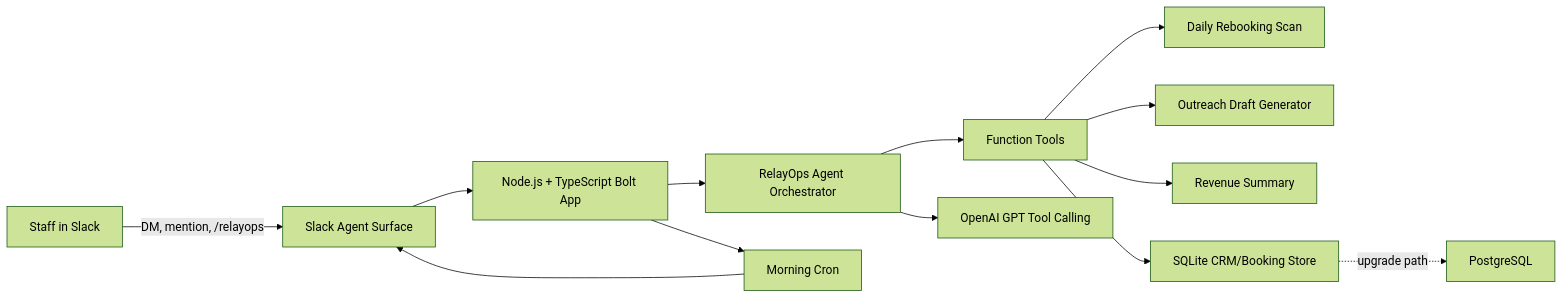
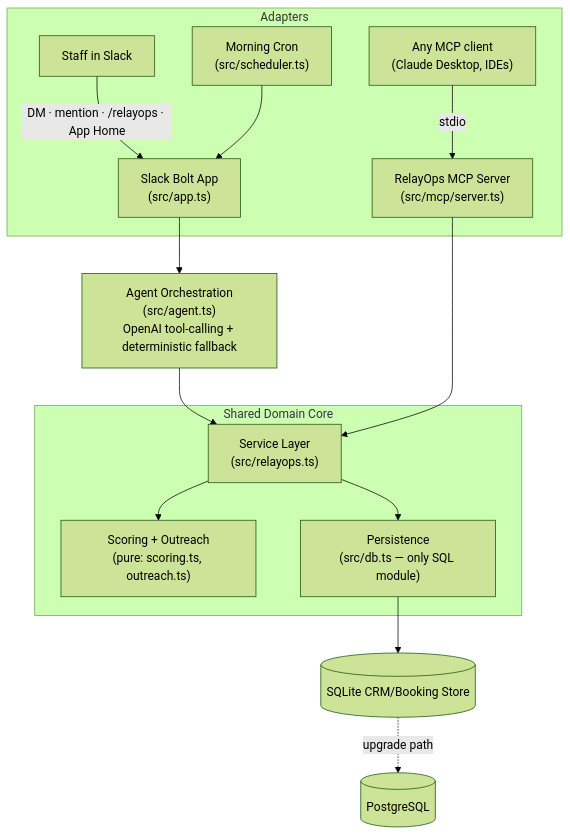
One commit to sinbadtheengr/relayops-ai-rebooking-agent changed the diagram in docs/architecture.md. Above: the diagram before and after it, drawn with Mermaid (forest theme). The commit also changed other lines of this file and 23 other files, not shown here.

First line of the commit message:
feat: enhance daily summary and outreach features

````diff
--- a/docs/architecture.md
+++ b/docs/architecture.md
@@ -3,15 +5,23 @@
 ```mermaid
-flowchart LR
-  Staff["Staff in Slack"] -->|DM, mention, /relayops| Slack["Slack Agent Surface"]
-  Slack --> Bolt["Node.js + TypeScript Bolt App"]
-  Bolt --> Agent["RelayOps Agent Orchestrator"]
-  Agent --> Tools["Function Tools"]
-  Tools --> Scan["Daily Rebooking Scan"]
-  Tools --> Draft["Outreach Draft Generator"]
-  Tools --> Summary["Revenue Summary"]
-  Tools --> SQLite["SQLite CRM/Booking Store"]
-  Agent --> OpenAI["OpenAI GPT Tool Calling"]
-  SQLite -. upgrade path .-> Postgres["PostgreSQL"]
-  Bolt --> Scheduler["Morning Cron"]
-  Scheduler --> Slack
+flowchart TB
+  subgraph Adapters
+    Staff["Staff in Slack"] -->|DM · mention · /relayops · App Home| Bolt["Slack Bolt App<br/>(src/app.ts)"]
+    Cron["Morning Cron<br/>(src/scheduler.ts)"] --> Bolt
+    MCPClient["Any MCP client<br/>(Claude Desktop, IDEs)"] -->|stdio| MCP["RelayOps MCP Server<br/>(src/mcp/server.ts)"]
+  end
+
+  Bolt --> AgentLayer["Agent Orchestration<br/>(src/agent.ts)<br/>OpenAI tool-calling + deterministic fallback"]
+
+  subgraph Core["Shared Domain Core"]
+    RelayOps["Service Layer<br/>(src/relayops.ts)"]
+    Scoring["Scoring + Outreach<br/>(pure: scoring.ts, outreach.ts)"]
+    DB["Persistence<br/>(src/db.ts — only SQL module)"]
+    RelayOps --> Scoring
+    RelayOps --> DB
+  end
+
+  AgentLayer --> RelayOps
+  MCP --> RelayOps
+  DB --> SQLite[("SQLite CRM/Booking Store")]
+  SQLite -. upgrade path .-> Postgres[("PostgreSQL")]
 ```
````
